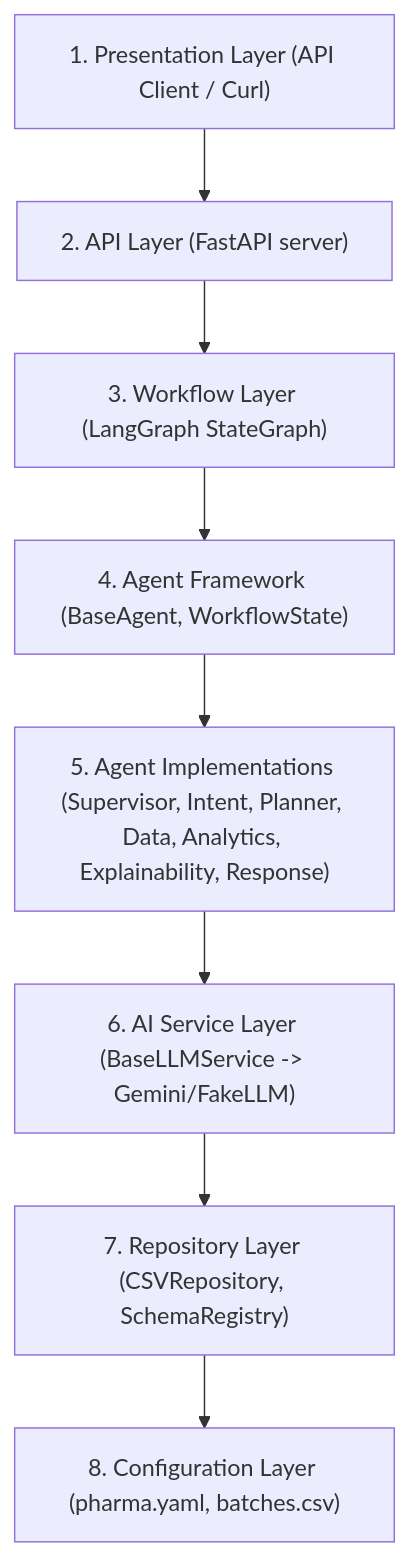
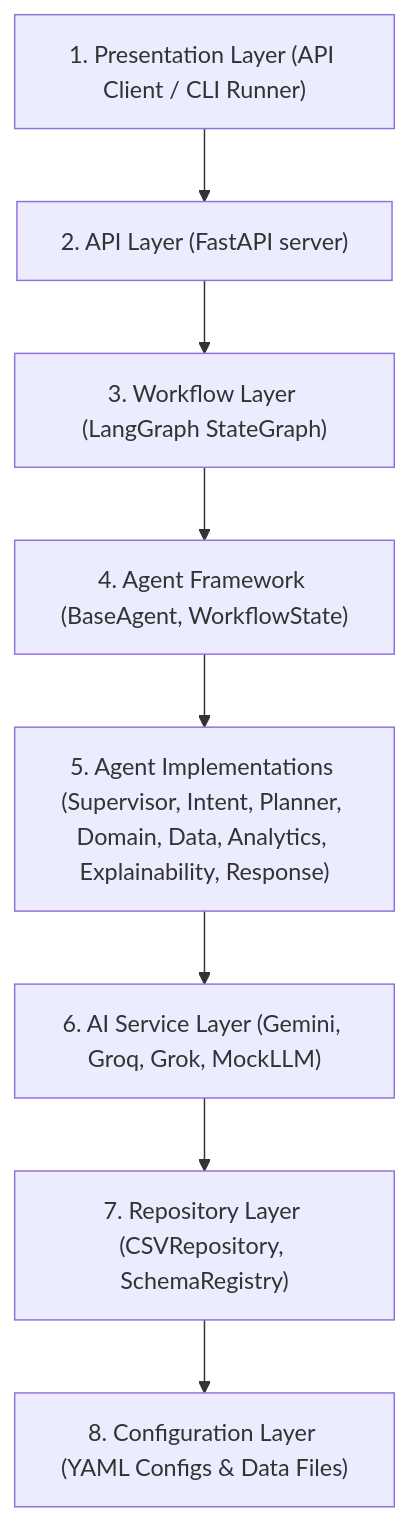
Before and after one commit to Starmann1/uaxAI: the diagram in README.md, drawn with Mermaid. The commit also changed other lines of this file, not shown here.

````diff
--- a/README.md
+++ b/README.md
@@ -9,10 +75,10 @@
 ```mermaid
 flowchart TD
-    Client["1. Presentation Layer (API Client / Curl)"] --> API["2. API Layer (FastAPI server)"]
+    Client["1. Presentation Layer (API Client / CLI Runner)"] --> API["2. API Layer (FastAPI server)"]
     API --> Graph["3. Workflow Layer (LangGraph StateGraph)"]
     Graph --> Frame["4. Agent Framework (BaseAgent, WorkflowState)"]
-    Frame --> Agents["5. Agent Implementations (Supervisor, Intent, Planner, Data, Analytics, Explainability, Response)"]
-    Agents --> Service["6. AI Service Layer (BaseLLMService -> Gemini/FakeLLM)"]
+    Frame --> Agents["5. Agent Implementations (Supervisor, Intent, Planner, Domain, Data, Analytics, Explainability, Response)"]
+    Agents --> Service["6. AI Service Layer (Gemini, Groq, Grok, MockLLM)"]
     Service --> Repos["7. Repository Layer (CSVRepository, SchemaRegistry)"]
-    Repos --> Config["8. Configuration Layer (pharma.yaml, batches.csv)"]
+    Repos --> Config["8. Configuration Layer (YAML Configs & Data Files)"]
 ```
````
